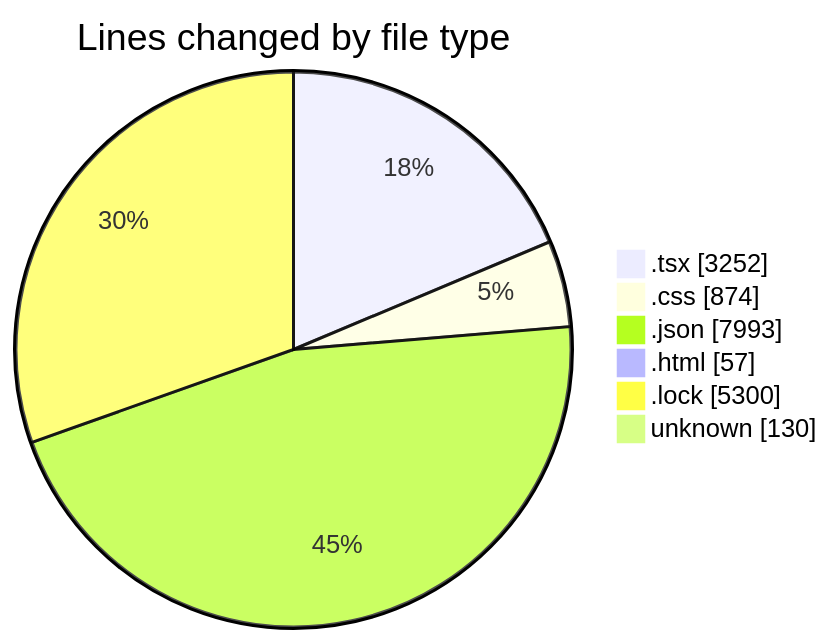
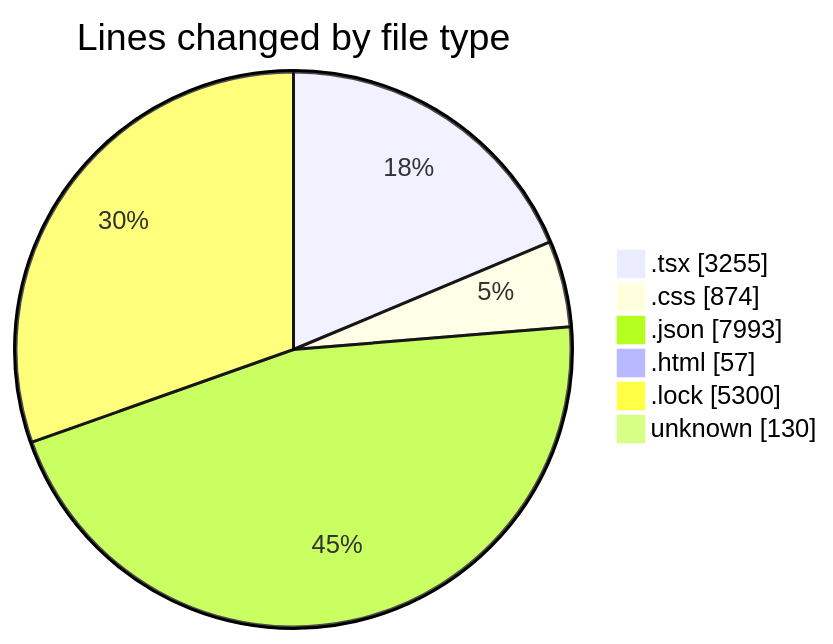
The first of 2 diagrams in 2025-08-12/ribbon/README.md (EIIisD/code-tracking), drawn with Mermaid before and after one commit. The commit also changed other lines of this file and 1 other file, not shown here.

````diff
--- a/2025-08-12/ribbon/README.md
+++ b/2025-08-12/ribbon/README.md
@@ -39,10 +39,10 @@
 ```mermaid
 pie showData
 title Lines changed by file type
-".tsx" : 3252
+".tsx" : 3255
 ".css" : 874
 ".json" : 7993
 ".html" : 57
 ".lock" : 5300
 "unknown" : 130
 ```
````
